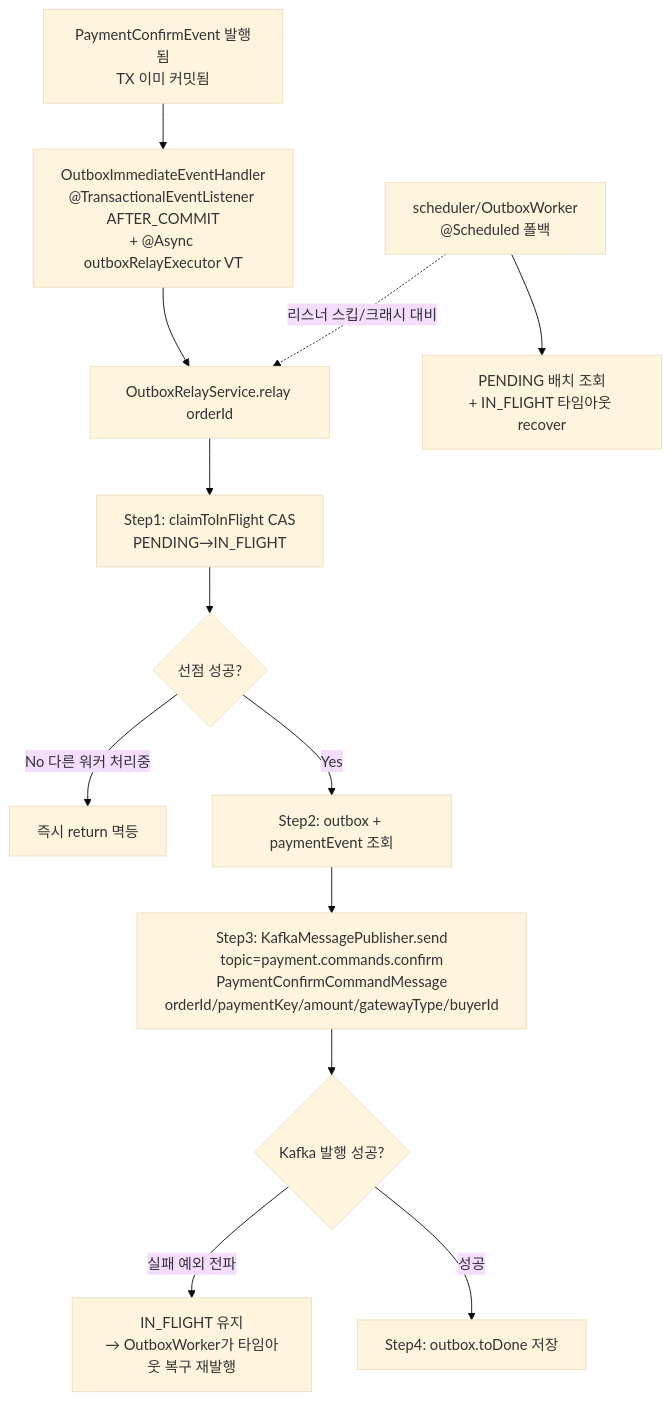
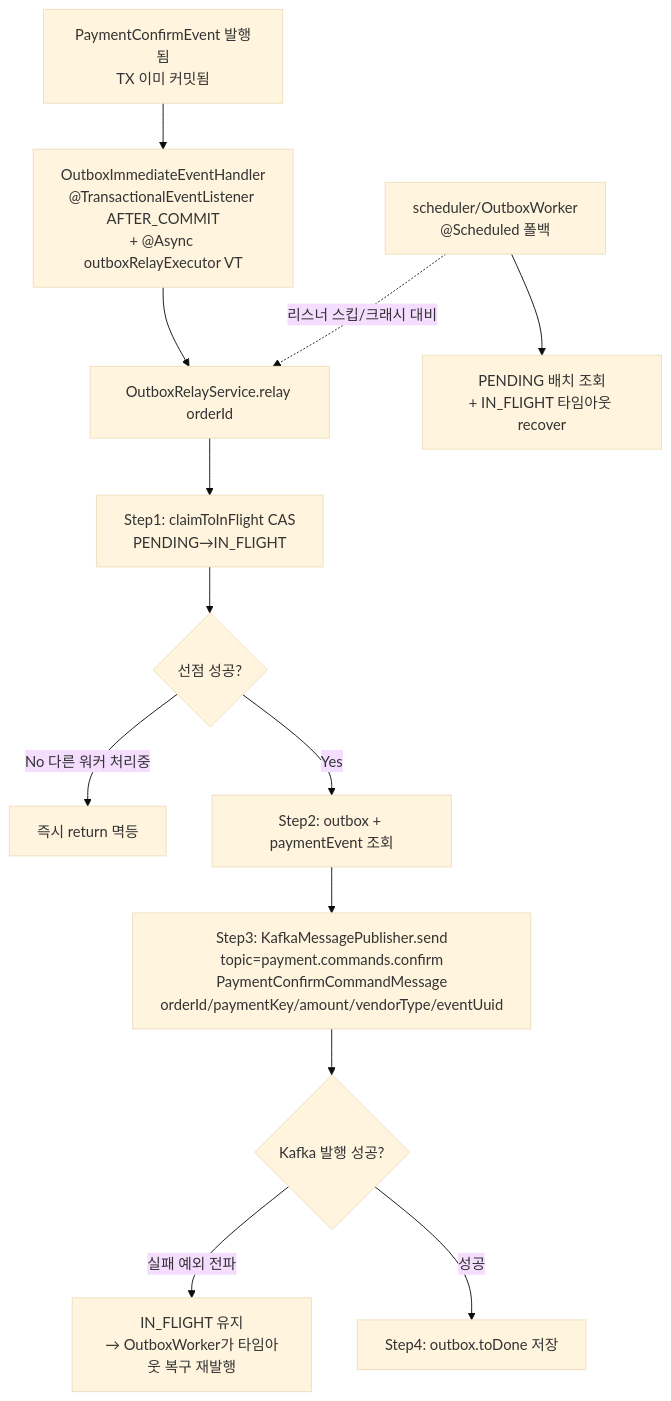
The third of 5 diagrams in docs/context/PAYMENT-FLOW.md (hyoguoo/payment-platform), drawn with Mermaid (base theme) before and after one commit. The commit also changed other lines of this file and 185 other files, not shown here.

First line of the commit message:
docs: 워크플로우 식별자 / ADR 키워드 / 폐기 클래스 잔재 일괄 정리

````diff
--- a/docs/context/PAYMENT-FLOW.md
+++ b/docs/context/PAYMENT-FLOW.md
@@ -58,16 +58,16 @@
 ```mermaid
 flowchart TD
     N["PaymentConfirmEvent 발행됨<br/>TX 이미 커밋됨"] --> Q["OutboxImmediateEventHandler<br/>@TransactionalEventListener AFTER_COMMIT<br/>+ @Async outboxRelayExecutor VT"]
     Q --> R["OutboxRelayService.relay orderId"]
     R --> R1["Step1: claimToInFlight CAS<br/>PENDING→IN_FLIGHT"]
     R1 --> R2{"선점 성공?"}
     R2 -->|No 다른 워커 처리중| R2a["즉시 return 멱등"]
     R2 -->|Yes| R3["Step2: outbox + paymentEvent 조회"]
-    R3 --> R4["Step3: KafkaMessagePublisher.send<br/>topic=payment.commands.confirm<br/>PaymentConfirmCommandMessage<br/>orderId/paymentKey/amount/gatewayType/buyerId"]
+    R3 --> R4["Step3: KafkaMessagePublisher.send<br/>topic=payment.commands.confirm<br/>PaymentConfirmCommandMessage<br/>orderId/paymentKey/amount/vendorType/eventUuid"]
     R4 --> R5{"Kafka 발행 성공?"}
     R5 -->|실패 예외 전파| R5a["IN_FLIGHT 유지<br/>→ OutboxWorker가 타임아웃 복구 재발행"]
     R5 -->|성공| R6["Step4: outbox.toDone 저장"]
 
     S["scheduler/OutboxWorker<br/>@Scheduled 폴백"] -.->|"리스너 스킵/크래시 대비"| R
     S --> S1["PENDING 배치 조회<br/>+ IN_FLIGHT 타임아웃 recover"]
 ```
````
